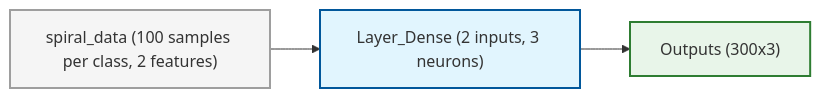
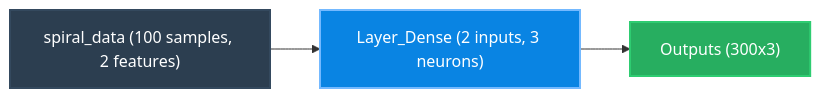
One commit to holycompile/Neural_Networks_from_Scratch changed the sixth of 10 diagrams in README.md. Above: the diagram before and after it, drawn with Mermaid. The commit also changed other lines of this file, not shown here.

````diff
--- a/README.md
+++ b/README.md
@@ -159,9 +165,9 @@
 ```mermaid
 graph LR
-    Dataset["spiral_data (100 samples per class, 2 features)"] --> L1["Layer_Dense (2 inputs, 3 neurons)"]
+    Dataset["spiral_data (100 samples, 2 features)"] --> L1["Layer_Dense (2 inputs, 3 neurons)"]
     L1 --> Out["Outputs (300x3)"]
     
-    style Dataset fill:#f5f5f5,stroke:#9e9e9e,stroke-width:2px;
-    style L1 fill:#e1f5fe,stroke:#01579b,stroke-width:2px;
-    style Out fill:#e8f5e9,stroke:#2e7d32,stroke-width:2px;
+    style Dataset fill:#2c3e50,stroke:#34495e,stroke-width:2px,color:#fff;
+    style L1 fill:#0984e3,stroke:#74b9ff,stroke-width:2px,color:#fff;
+    style Out fill:#27ae60,stroke:#2ecc71,stroke-width:2px,color:#fff;
 ```
````
